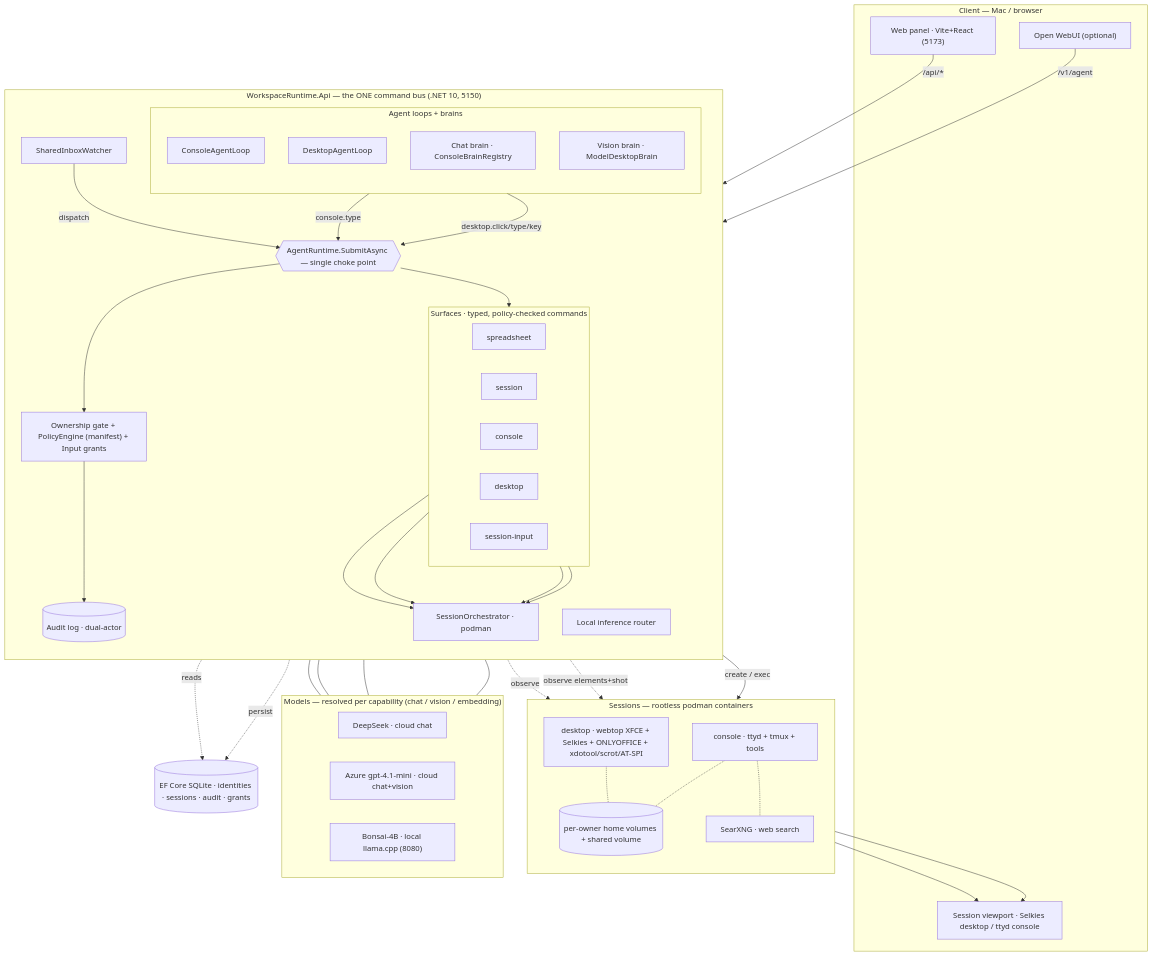
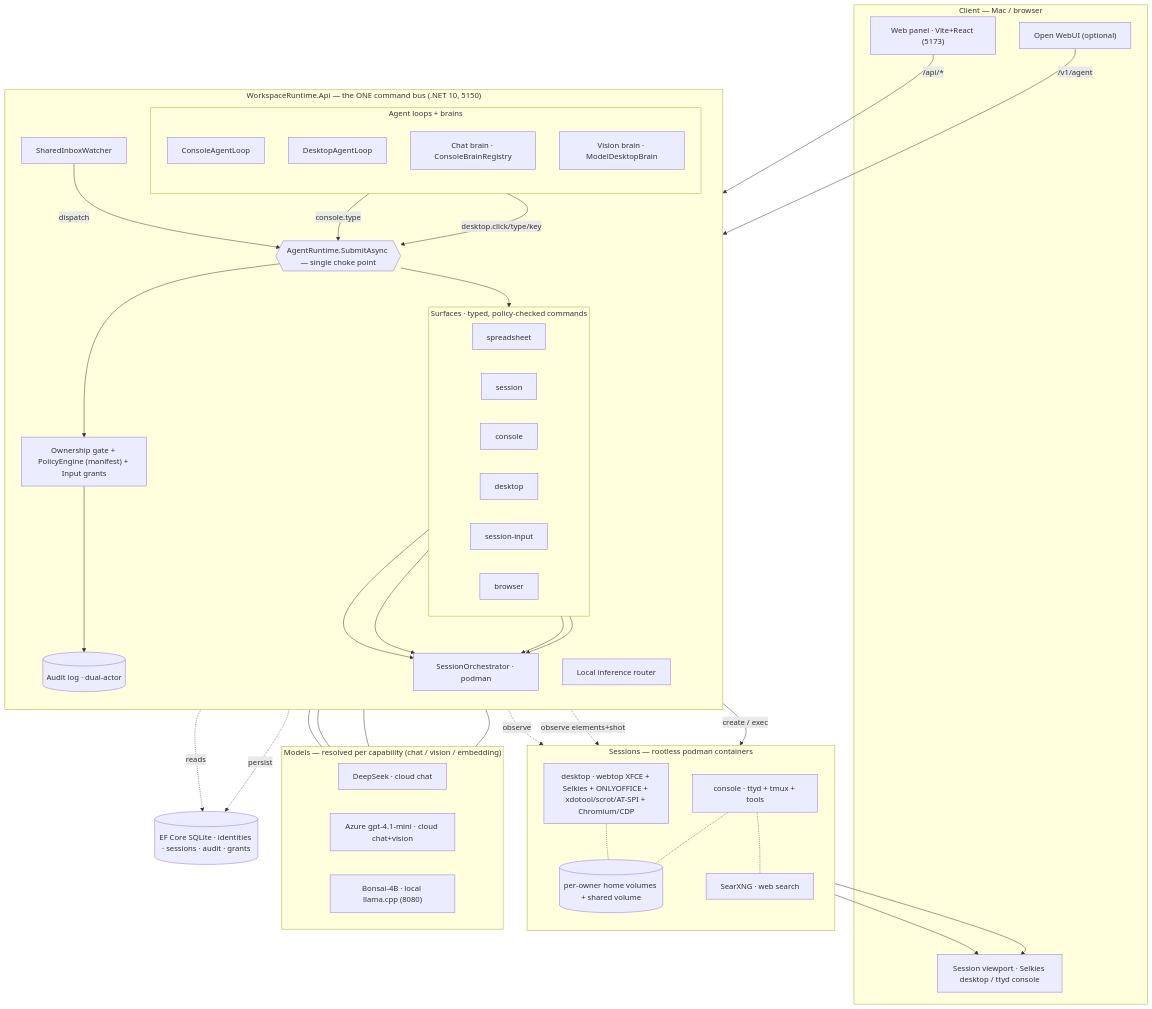
Before and after one commit to egarim/CieloOS: the diagram in docs/architecture-diagram.md, drawn with Mermaid. The commit also changed 13 other files, not shown here.

```diff
--- a/docs/architecture-diagram.md
+++ b/docs/architecture-diagram.md
@@ -23,6 +23,7 @@
             sf3["console"]
             sf4["desktop"]
             sf5["session-input"]
+            sf6["browser"]
         end
 
         subgraph agents["Agent loops + brains"]
@@ -41,7 +42,7 @@
     subgraph sessions["Sessions — rootless podman containers"]
         direction TB
         console["console · ttyd + tmux + tools"]
-        desktop["desktop · webtop XFCE + Selkies + ONLYOFFICE + xdotool/scrot/AT-SPI"]
+        desktop["desktop · webtop XFCE + Selkies + ONLYOFFICE + xdotool/scrot/AT-SPI + Chromium/CDP"]
         searx["SearXNG · web search"]
         vols[("per-owner home volumes + shared volume")]
     end
```
